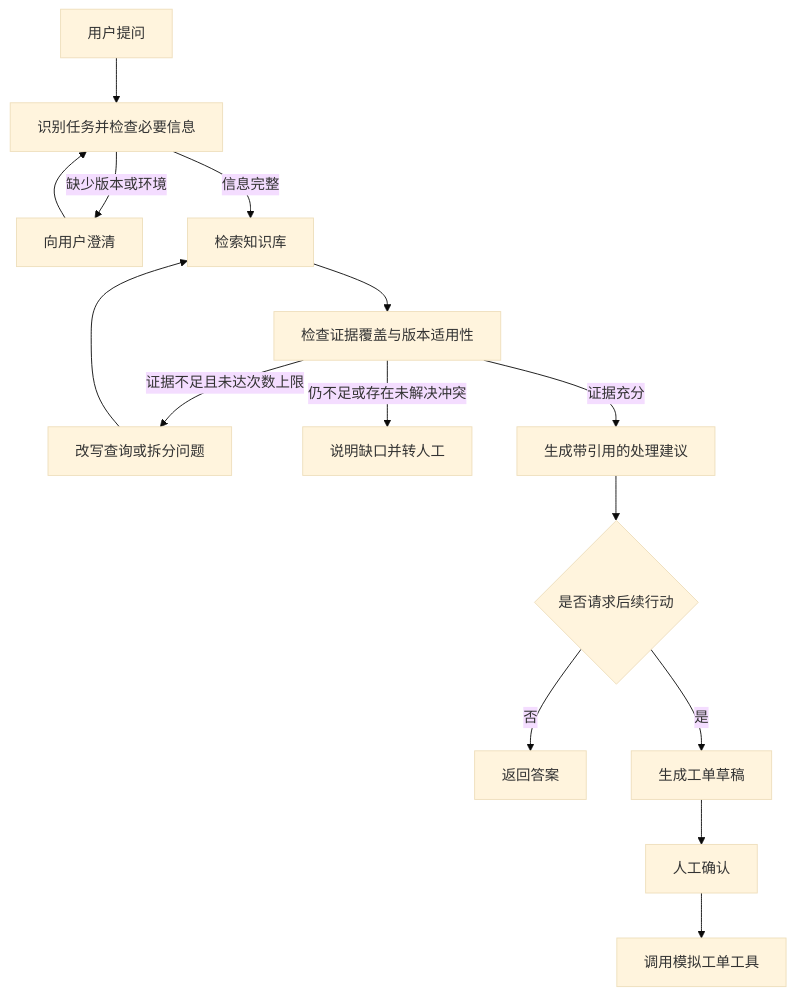
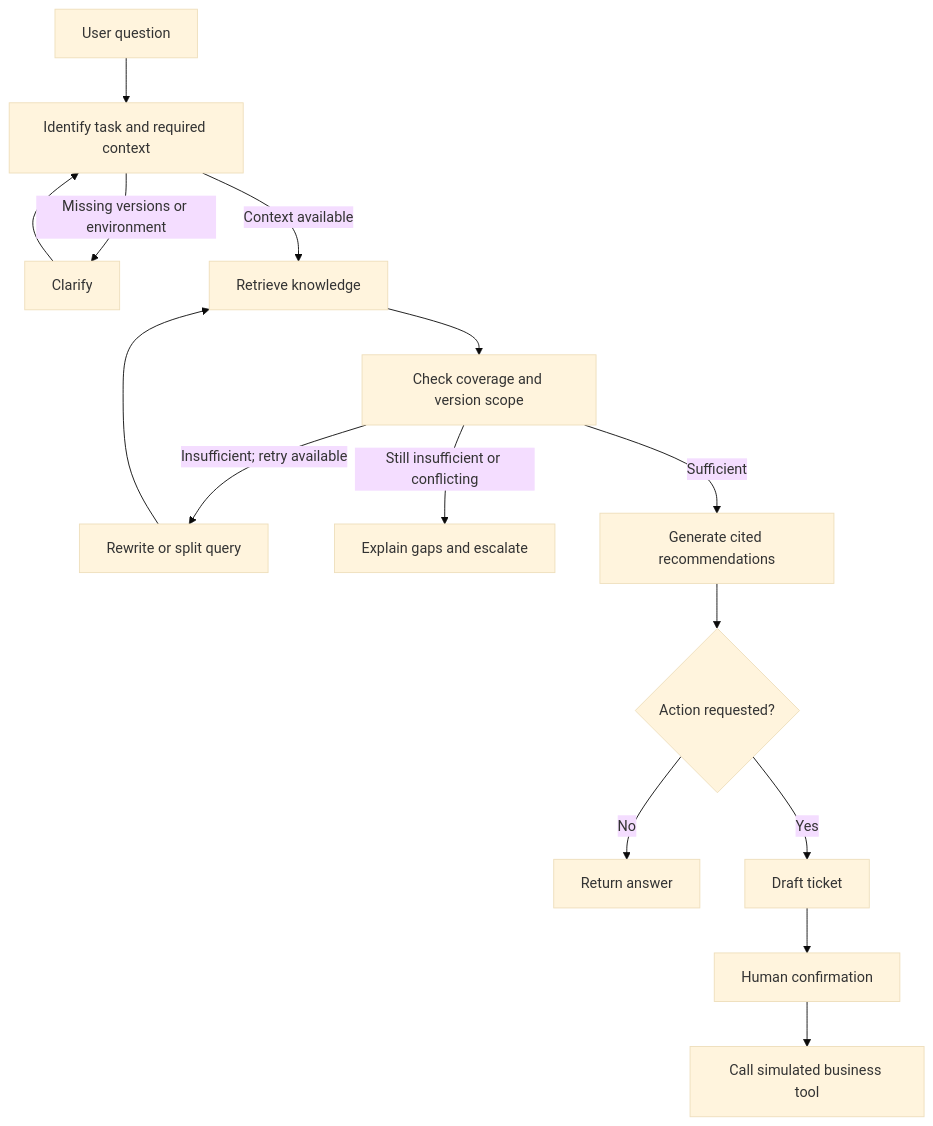
The diagram in RAG_DEMO_PLAN.md (BingYH/RAG_Demo), drawn with Mermaid (base theme) before and after one commit. The commit also changed other lines of this file and 52 other files, not shown here.

````diff
--- a/RAG_DEMO_PLAN.md
+++ b/RAG_DEMO_PLAN.md
@@ -108,17 +159,17 @@
-```mermaid
+~~~mermaid
 flowchart TD
-    A[用户提问] --> B[识别任务并检查必要信息]
-    B -->|缺少版本或环境| C[向用户澄清]
+    A[User question] --> B[Identify task and required context]
+    B -->|Missing versions or environment| C[Clarify]
     C --> B
-    B -->|信息完整| D[检索知识库]
-    D --> E[检查证据覆盖与版本适用性]
-    E -->|证据不足且未达次数上限| F[改写查询或拆分问题]
+    B -->|Context available| D[Retrieve knowledge]
+    D --> E[Check coverage and version scope]
+    E -->|Insufficient; retry available| F[Rewrite or split query]
     F --> D
-    E -->|仍不足或存在未解决冲突| G[说明缺口并转人工]
-    E -->|证据充分| H[生成带引用的处理建议]
-    H --> I{是否请求后续行动}
-    I -->|否| J[返回答案]
-    I -->|是| K[生成工单草稿]
-    K --> L[人工确认]
-    L --> M[调用模拟工单工具]
-```
+    E -->|Still insufficient or conflicting| G[Explain gaps and escalate]
+    E -->|Sufficient| H[Generate cited recommendations]
+    H --> I{Action requested?}
+    I -->|No| J[Return answer]
+    I -->|Yes| K[Draft ticket]
+    K --> L[Human confirmation]
+    L --> M[Call simulated business tool]
+~~~
````
